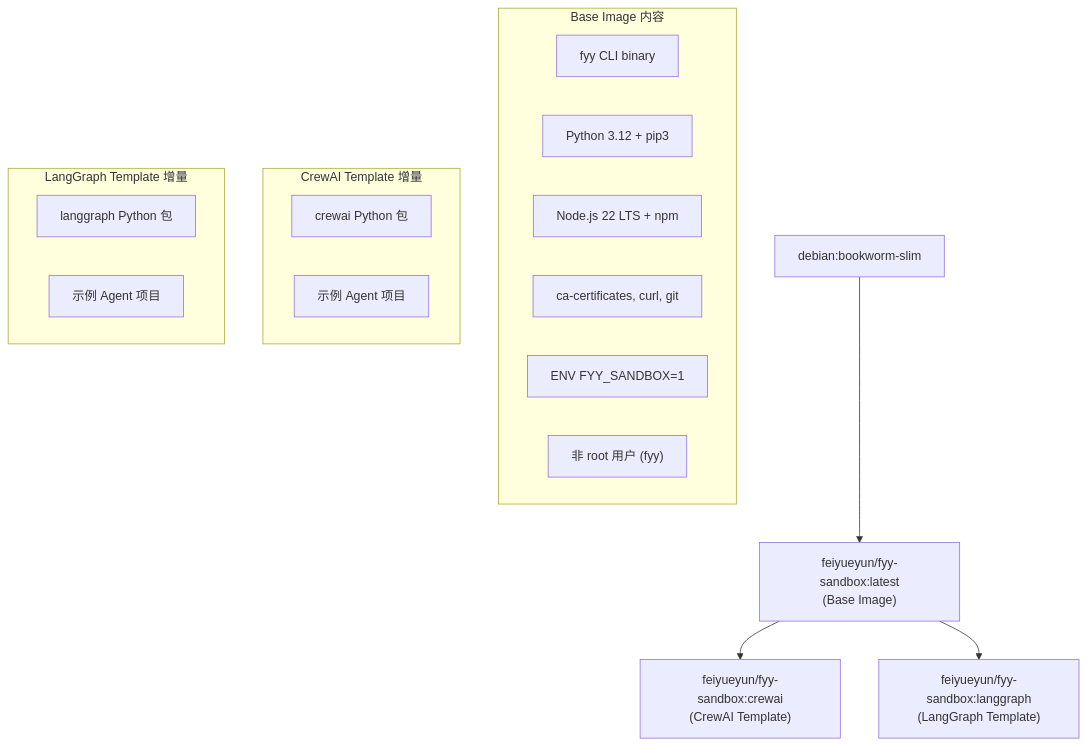
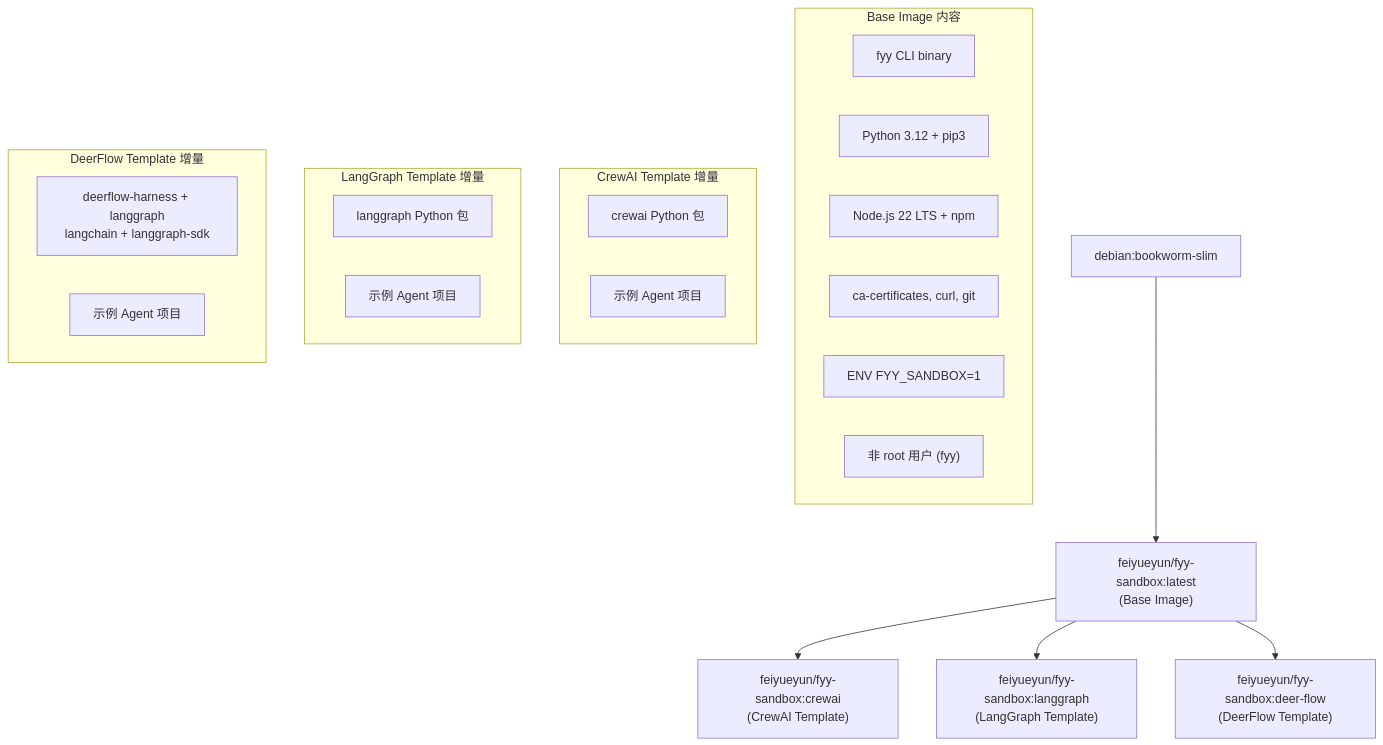
Before and after one commit to feiyueyun/fyy-sandbox-images: the first of 4 diagrams in .kiro/specs/fyy-sandbox-images-phase1/design.md, drawn with Mermaid. The commit also changed other lines of this file and 11 other files, not shown here.

First line of the commit message:
feat: add DeerFlow (ByteDance) agent framework template

````diff
--- a/.kiro/specs/fyy-sandbox-images-phase1/design.md
+++ b/.kiro/specs/fyy-sandbox-images-phase1/design.md
@@ -52,25 +59,31 @@
 ```mermaid
 graph TD
     A["debian:bookworm-slim"] --> B["feiyueyun/fyy-sandbox:latest<br/>(Base Image)"]
     B --> C["feiyueyun/fyy-sandbox:crewai<br/>(CrewAI Template)"]
     B --> D["feiyueyun/fyy-sandbox:langgraph<br/>(LangGraph Template)"]
+    B --> E["feiyueyun/fyy-sandbox:deer-flow<br/>(DeerFlow Template)"]
 
     subgraph "Base Image 内容"
         B1["fyy CLI binary"]
         B2["Python 3.12 + pip3"]
         B3["Node.js 22 LTS + npm"]
         B4["ca-certificates, curl, git"]
         B5["ENV FYY_SANDBOX=1"]
         B6["非 root 用户 (fyy)"]
     end
 
     subgraph "CrewAI Template 增量"
         C1["crewai Python 包"]
         C2["示例 Agent 项目"]
     end
 
     subgraph "LangGraph Template 增量"
         D1["langgraph Python 包"]
         D2["示例 Agent 项目"]
     end
+
+    subgraph "DeerFlow Template 增量"
+        E1["deerflow-harness + langgraph<br/>langchain + langgraph-sdk"]
+        E2["示例 Agent 项目"]
+    end
 ```
````
